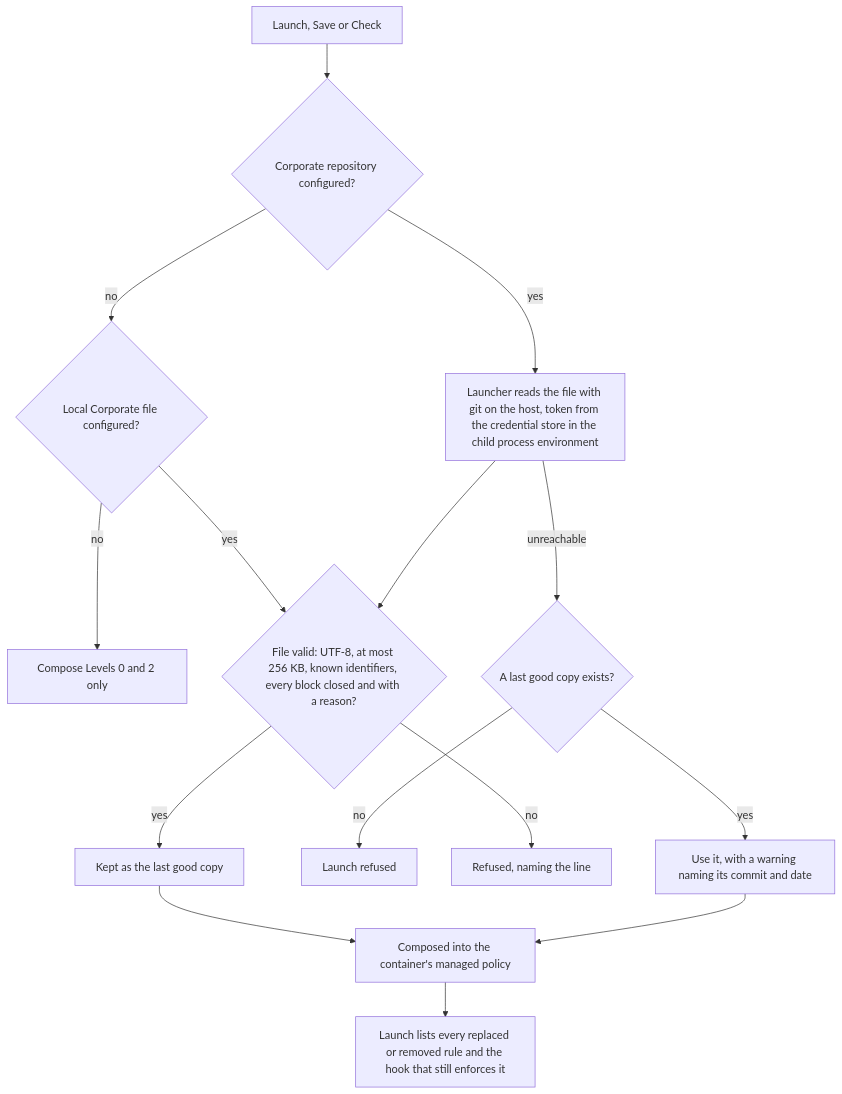
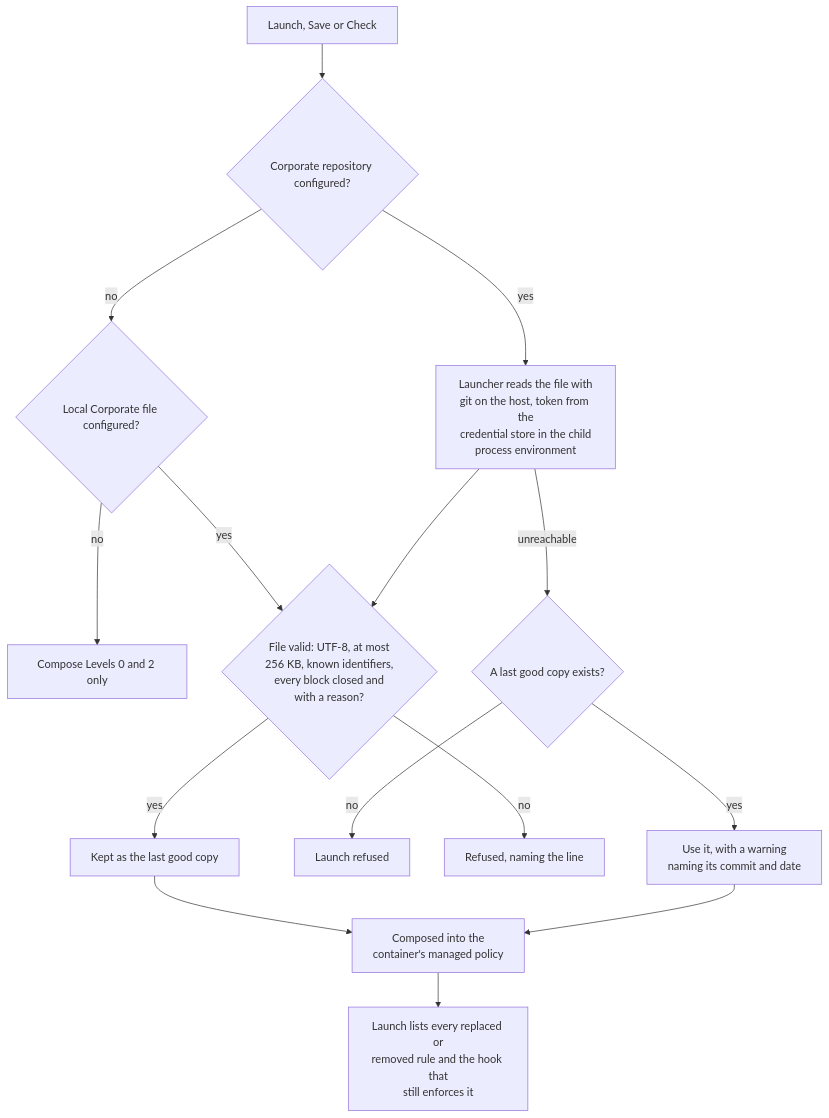
The diagram in docs/POLICY_LEVELS.md (DogmaSolutions/Kyklos), drawn with Mermaid before and after one commit. The commit also changed 38 other files, not shown here.

````diff
--- a/docs/POLICY_LEVELS.md
+++ b/docs/POLICY_LEVELS.md
@@ -76,17 +76,17 @@
 ```mermaid
 flowchart TD
     L["Launch, Save or Check"] --> R{"Corporate repository configured?"}
     R -->|"no"| F{"Local Corporate file configured?"}
     F -->|"no"| C0["Compose Levels 0 and 2 only"]
     F -->|"yes"| V
-    R -->|"yes"| G["Launcher reads the file with git on the host, token from the credential store in the child process environment"]
+    R -->|"yes"| G["Launcher reads the file with<br/>git on the host, token from the<br/>credential store in the child<br/>process environment"]
     G -->|"unreachable"| LG{"A last good copy exists?"}
-    LG -->|"yes"| W["Use it, with a warning naming its commit and date"]
+    LG -->|"yes"| W["Use it, with a warning<br/>naming its commit and date"]
     LG -->|"no"| X1["Launch refused"]
-    G --> V{"File valid: UTF-8, at most 256 KB, known identifiers, every block closed and with a reason?"}
+    G --> V{"File valid: UTF-8, at most<br/>256 KB, known identifiers,<br/>every block closed and<br/>with a reason?"}
     V -->|"no"| X2["Refused, naming the line"]
     V -->|"yes"| K["Kept as the last good copy"]
-    K --> C["Composed into the container's managed policy"]
+    K --> C["Composed into the<br/>container's managed policy"]
     W --> C
-    C --> H["Launch lists every replaced or removed rule and the hook that still enforces it"]
+    C --> H["Launch lists every replaced or<br/>removed rule and the hook that<br/>still enforces it"]
 ```
````
